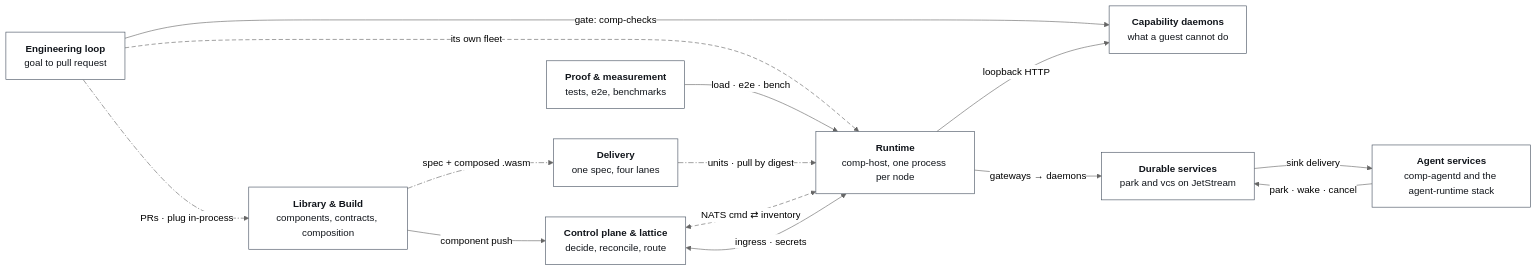
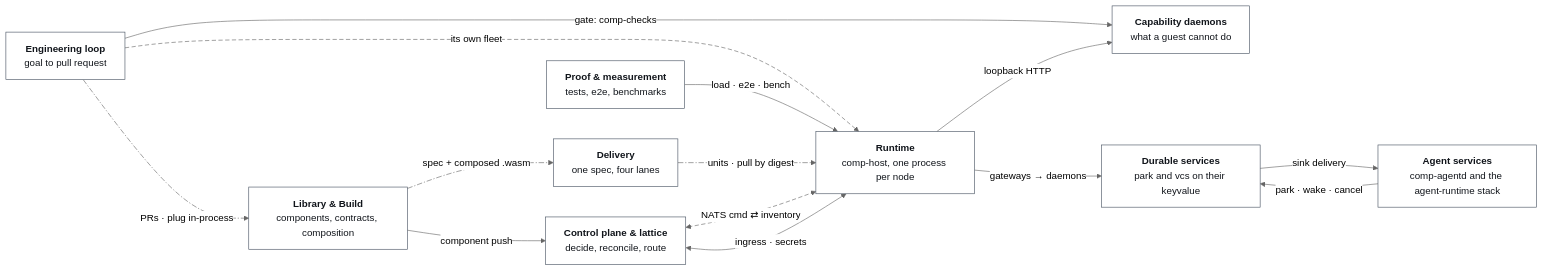
Before and after one commit to markkovari/holon: the first of 11 diagrams in docs/ARCHITECTURE.md, drawn with Mermaid (neutral theme). The commit also changed other lines of this file and 50 other files, not shown here.

First line of the commit message:
feat(vcs): the code store is a component — vcs-store runs the engine on the app's keyvalue, comp-vcs is deleted (#540)

````diff
--- a/docs/ARCHITECTURE.md
+++ b/docs/ARCHITECTURE.md
@@ -26,31 +26,31 @@
 ```mermaid
 flowchart LR
   classDef sys fill:#ffffff,stroke:#465160,color:#11151b
   n_library["<b>Library #amp; Build</b><br/>components, contracts, composition"]:::sys
   n_delivery["<b>Delivery</b><br/>one spec, four lanes"]:::sys
   n_control["<b>Control plane #amp; lattice</b><br/>decide, reconcile, route"]:::sys
   n_runtime["<b>Runtime</b><br/>comp-host, one process per node"]:::sys
   n_daemons["<b>Capability daemons</b><br/>what a guest cannot do"]:::sys
-  n_durable["<b>Durable services</b><br/>park and vcs on JetStream"]:::sys
+  n_durable["<b>Durable services</b><br/>park and vcs on their keyvalue"]:::sys
   n_agents["<b>Agent services</b><br/>comp-agentd and the agent-runtime stack"]:::sys
   n_loop["<b>Engineering loop</b><br/>goal to pull request"]:::sys
   n_proof["<b>Proof #amp; measurement</b><br/>tests, e2e, benchmarks"]:::sys
   n_library -- "spec + composed .wasm" --> n_delivery
   n_library -- "component push" --> n_control
   n_delivery -- "units · pull by digest" --> n_runtime
   n_control <-- "NATS cmd ⇄ inventory" --> n_runtime
   n_control <-- "ingress · secrets" --> n_runtime
   n_runtime -- "loopback HTTP" --> n_daemons
   n_runtime -- "gateways → daemons" --> n_durable
   n_agents -- "park · wake · cancel" --> n_durable
   n_durable -- "sink delivery" --> n_agents
   n_loop -- "gate: comp-checks" --> n_daemons
   n_loop -- "its own fleet" --> n_runtime
   n_loop -- "PRs · plug in-process" --> n_library
   n_proof -- "load · e2e · bench" --> n_runtime
   linkStyle 0 stroke-dasharray:9 3 2 3
   linkStyle 2 stroke-dasharray:9 3 2 3
   linkStyle 3 stroke-dasharray:7 4
   linkStyle 10 stroke-dasharray:7 4
   linkStyle 11 stroke-dasharray:9 3 2 3
 ```
````
